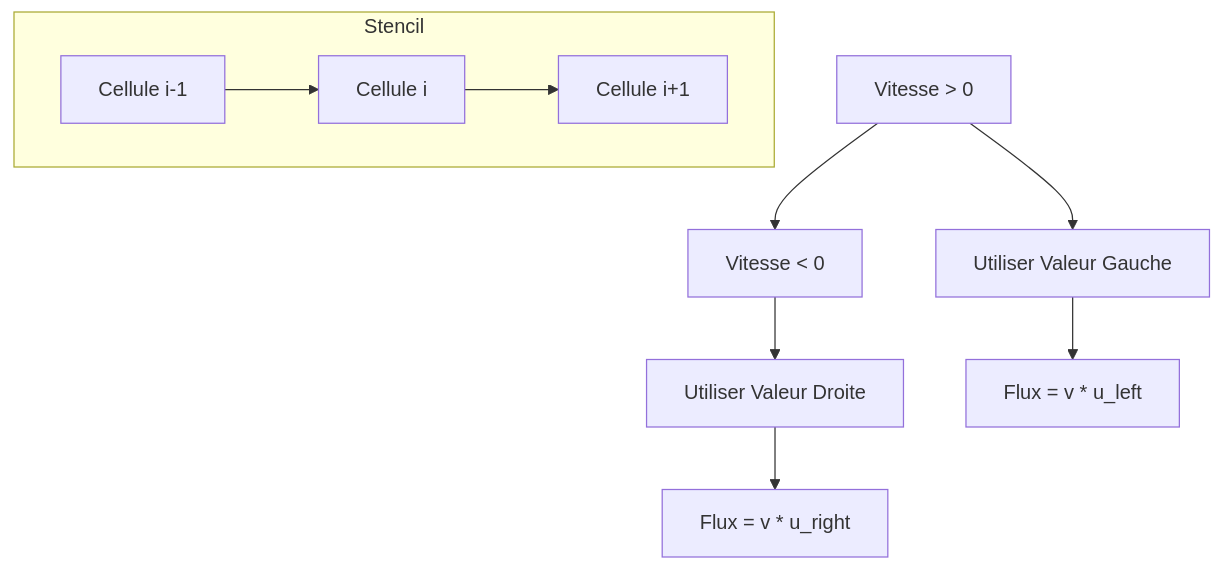
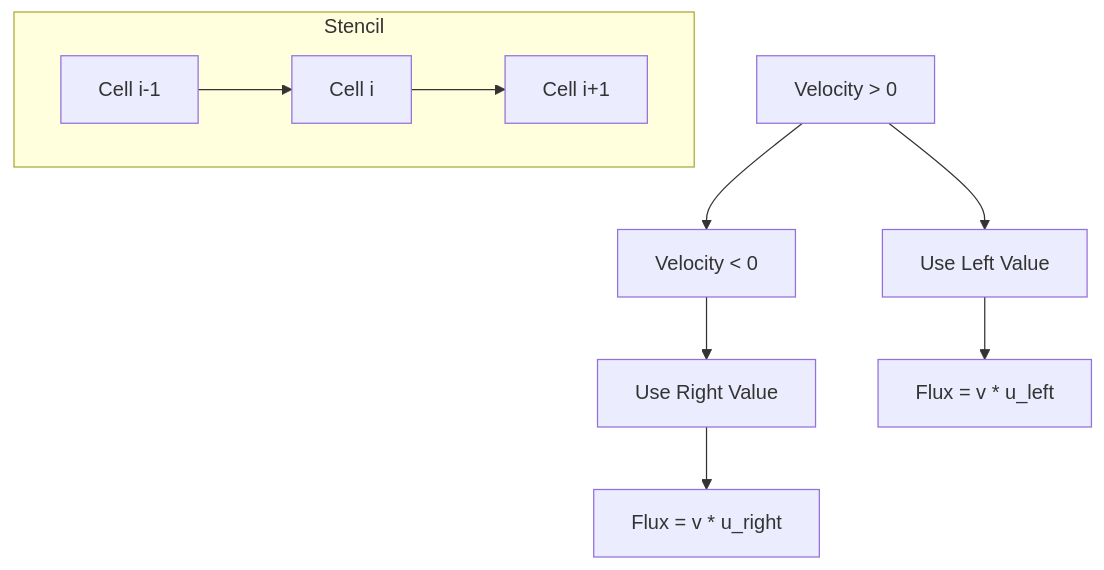
Before and after one commit to sbstndb/samurai: the third of 19 diagrams in docs/numerical_schemes.md, drawn with Mermaid. The commit also changed other lines of this file and 8 other files, not shown here.

````diff
--- a/docs/numerical_schemes.md
+++ b/docs/numerical_schemes.md
@@ -82,13 +82,13 @@
 ```mermaid
 graph TD
-    A[Vitesse > 0] --> B[Utiliser Valeur Gauche]
-    A --> C[Vitesse < 0] --> D[Utiliser Valeur Droite]
+    A[Velocity > 0] --> B[Use Left Value]
+    A --> C[Velocity < 0] --> D[Use Right Value]
     
     B --> E[Flux = v * u_left]
     D --> F[Flux = v * u_right]
     
     subgraph "Stencil"
-        G[Cellule i-1] --> H[Cellule i]
-        H --> I[Cellule i+1]
+        G[Cell i-1] --> H[Cell i]
+        H --> I[Cell i+1]
     end
 ```
````
